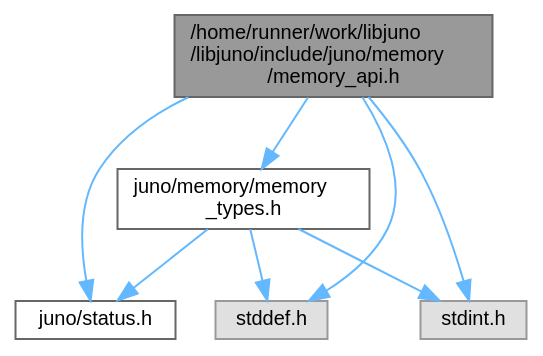
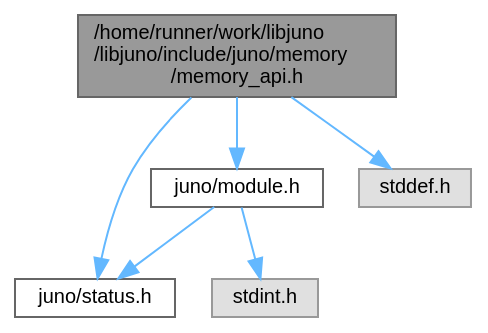
One commit to robinonsay/libjuno changed the diagram in memory__api_8h__incl.dot. Above: the diagram before and after it, drawn with Graphviz. The commit also changed 208 other files, not shown here.

```diff
--- a/memory__api_8h__incl.dot
+++ b/memory__api_8h__incl.dot
@@ -1,19 +1,17 @@
 digraph "/home/runner/work/libjuno/libjuno/include/juno/memory/memory_api.h"
 {
  // LATEX_PDF_SIZE
   bgcolor="transparent";
   edge [fontname=Helvetica,fontsize=10,labelfontname=Helvetica,labelfontsize=10];
   node [fontname=Helvetica,fontsize=10,shape=box,height=0.2,width=0.4];
   Node1 [id="Node000001",label="/home/runner/work/libjuno\l/libjuno/include/juno/memory\l/memory_api.h",height=0.2,width=0.4,color="gray40", fillcolor="grey60", style="filled", fontcolor="black",tooltip=" "];
   Node1 -> Node2 [id="edge1_Node000001_Node000002",color="steelblue1",style="solid",tooltip=" "];
   Node2 [id="Node000002",label="juno/status.h",height=0.2,width=0.4,color="grey40", fillcolor="white", style="filled",URL="$status_8h.html",tooltip=" "];
   Node1 -> Node3 [id="edge2_Node000001_Node000003",color="steelblue1",style="solid",tooltip=" "];
-  Node3 [id="Node000003",label="stddef.h",height=0.2,width=0.4,color="grey60", fillcolor="#E0E0E0", style="filled",tooltip=" "];
-  Node1 -> Node4 [id="edge3_Node000001_Node000004",color="steelblue1",style="solid",tooltip=" "];
+  Node3 [id="Node000003",label="juno/module.h",height=0.2,width=0.4,color="grey40", fillcolor="white", style="filled",URL="$module_8h.html",tooltip=" "];
+  Node3 -> Node2 [id="edge3_Node000003_Node000002",color="steelblue1",style="solid",tooltip=" "];
+  Node3 -> Node4 [id="edge4_Node000003_Node000004",color="steelblue1",style="solid",tooltip=" "];
   Node4 [id="Node000004",label="stdint.h",height=0.2,width=0.4,color="grey60", fillcolor="#E0E0E0", style="filled",tooltip=" "];
-  Node1 -> Node5 [id="edge4_Node000001_Node000005",color="steelblue1",style="solid",tooltip=" "];
-  Node5 [id="Node000005",label="juno/memory/memory\l_types.h",height=0.2,width=0.4,color="grey40", fillcolor="white", style="filled",URL="$memory__types_8h.html",tooltip=" "];
-  Node5 -> Node3 [id="edge5_Node000005_Node000003",color="steelblue1",style="solid",tooltip=" "];
-  Node5 -> Node4 [id="edge6_Node000005_Node000004",color="steelblue1",style="solid",tooltip=" "];
-  Node5 -> Node2 [id="edge7_Node000005_Node000002",color="steelblue1",style="solid",tooltip=" "];
+  Node1 -> Node5 [id="edge5_Node000001_Node000005",color="steelblue1",style="solid",tooltip=" "];
+  Node5 [id="Node000005",label="stddef.h",height=0.2,width=0.4,color="grey60", fillcolor="#E0E0E0", style="filled",tooltip=" "];
 }
```
